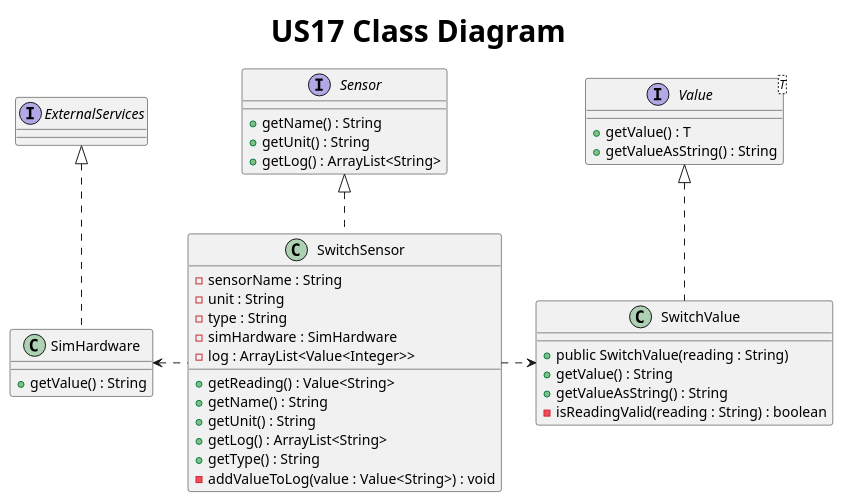
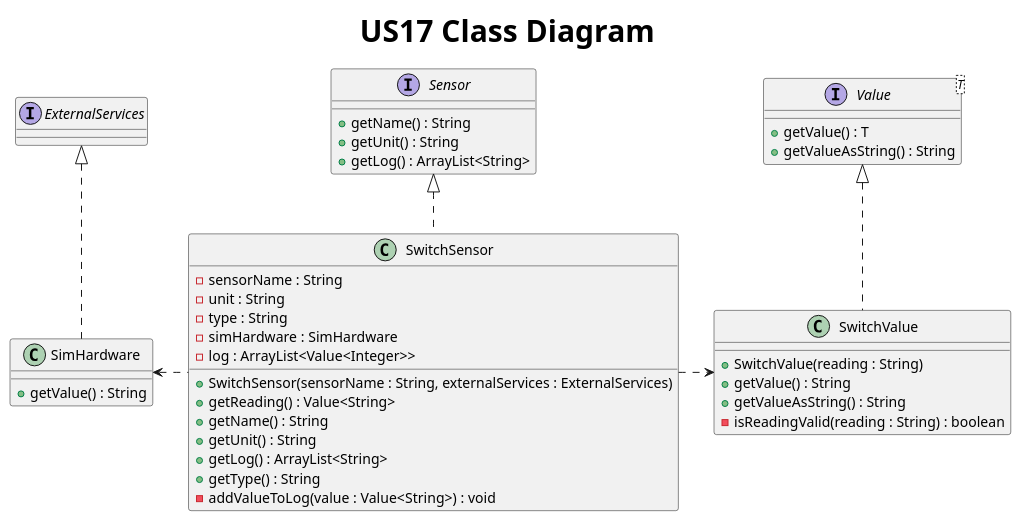
The diagram in Docs/US17/S3US17ClassDiagram.puml (AfonsoNeves77/smartHouse), drawn with PlantUML before and after one commit. The commit also changed 4 other files, not shown here.

Commit message:
Team review: added sensor constructor methods to sensor class diagrams US17-21

```diff
--- a/Docs/US17/S3US17ClassDiagram.puml
+++ b/Docs/US17/S3US17ClassDiagram.puml
@@ -1,50 +1,51 @@
 @startuml
 title <size: 30> US17 Class Diagram
 
 interface Sensor {
     + getName() : String
     + getUnit() : String
     + getLog() : ArrayList<String>
 }
 
 interface Value<T> {
     + getValue() : T
     + getValueAsString() : String
 }
 
 interface ExternalServices {
 
 }
 
 class SwitchSensor{
     - sensorName : String
     - unit : String
     - type : String
     - simHardware : SimHardware
     - log : ArrayList<Value<Integer>>
 
+    + SwitchSensor(sensorName : String, externalServices : ExternalServices)
     + getReading() : Value<String>
     + getName() : String
     + getUnit() : String
     + getLog() : ArrayList<String>
     + getType() : String
     - addValueToLog(value : Value<String>) : void
 }
 
 class SwitchValue {
-    + public SwitchValue(reading : String)
+    + SwitchValue(reading : String)
     + getValue() : String
     + getValueAsString() : String
     - isReadingValid(reading : String) : boolean
 }
 
 class SimHardware{
     + getValue() : String
 }
 
 Value <|.. SwitchValue
 Sensor <|.. SwitchSensor
 ExternalServices <|.. SimHardware
 SwitchSensor .right.> SwitchValue
 SwitchSensor .left.> SimHardware
 @enduml
```
